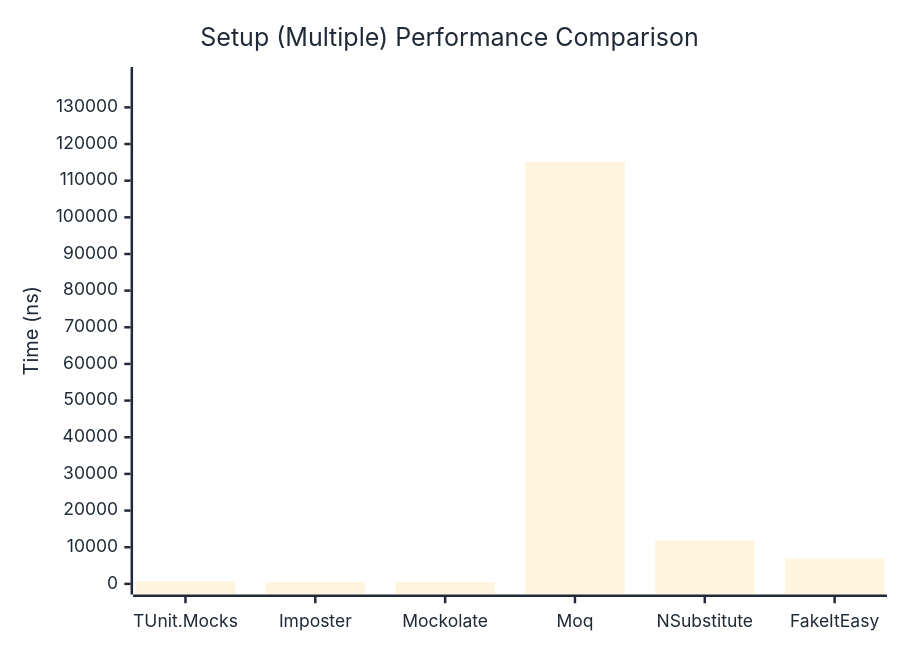
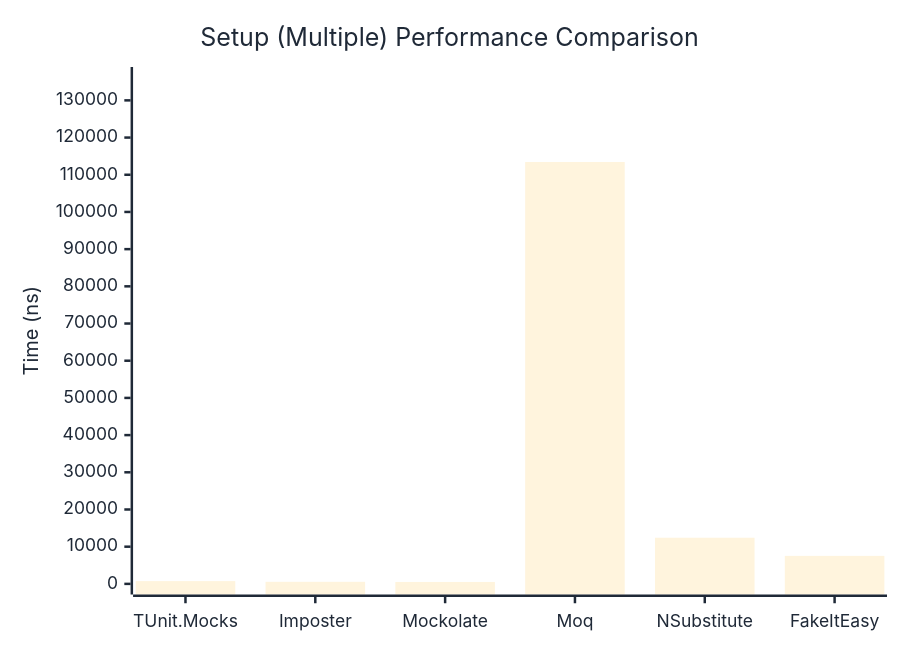
The second of 2 diagrams in docs/docs/benchmarks/mocks/Setup.md (thomhurst/TUnit), drawn with Mermaid before and after one commit. The commit also changed other lines of this file and 14 other files, not shown here.

````diff
--- a/docs/docs/benchmarks/mocks/Setup.md
+++ b/docs/docs/benchmarks/mocks/Setup.md
@@ -71,27 +71,27 @@
 ```mermaid
 %%{init: {
   'theme':'base',
   'themeVariables': {
     'primaryColor': '#2563eb',
     'primaryTextColor': '#1f2937',
     'primaryBorderColor': '#1e40af',
     'lineColor': '#6b7280',
     'secondaryColor': '#7c3aed',
     'tertiaryColor': '#dc2626',
     'background': '#ffffff',
     'pie1': '#2563eb',
     'pie2': '#7c3aed',
     'pie3': '#dc2626',
     'pie4': '#f59e0b',
     'pie5': '#10b981',
     'pie6': '#06b6d4',
     'pie7': '#ec4899',
     'pie8': '#6366f1'
   }
 }}%%
 xychart-beta
   title "Setup (Multiple) Performance Comparison"
   x-axis ["TUnit.Mocks", "Imposter", "Mockolate", "Moq", "NSubstitute", "FakeItEasy"]
-  y-axis "Time (ns)" 0 --> 138113
-  bar [727.1, 528.1, 493.4, 115093.5, 11817.8, 6943.5]
+  y-axis "Time (ns)" 0 --> 136116
+  bar [743.6, 550.2, 513.1, 113429.3, 12406.8, 7530.9]
 ```
````
